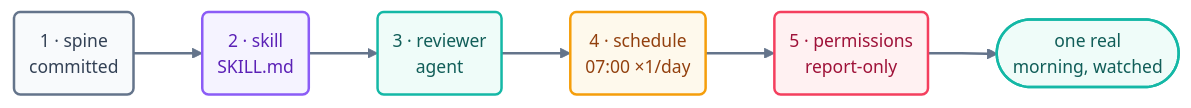
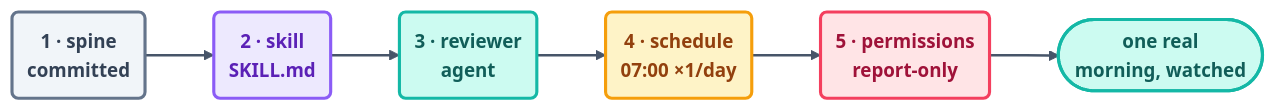
The diagram in docs/07-part-5-complete-loop/13a-claude-code-walkthrough.md (ayeshakhalid192007-dev/LoopEngineering-CrashCourse), drawn with Mermaid before and after one commit. The commit also changed 66 other files, not shown here.

First line of the commit message:
docs(diagrams): visibly bolder pass — deeper fills, heavier strokes, semibold labels

````diff
--- a/docs/07-part-5-complete-loop/13a-claude-code-walkthrough.md
+++ b/docs/07-part-5-complete-loop/13a-claude-code-walkthrough.md
@@ -51,14 +51,14 @@
 ```mermaid
-%%{init: {'theme':'base','themeVariables':{'fontFamily':'ui-sans-serif, system-ui, sans-serif','fontSize':'14px','lineColor':'#64748b','edgeLabelBackground':'#f8fafc'},'flowchart':{'curve':'basis','nodeSpacing':45,'rankSpacing':55,'padding':12}}}%%
+%%{init: {'theme':'base','themeVariables':{'fontFamily':'ui-sans-serif, system-ui, sans-serif','fontSize':'15px','lineColor':'#475569','edgeLabelBackground':'#f8fafc'},'flowchart':{'curve':'basis','nodeSpacing':45,'rankSpacing':55,'padding':12}}}%%
 flowchart LR
     S1("1 · spine<br/>committed"):::file --> S2("2 · skill<br/>SKILL.md"):::cfg
     S2 --> S3("3 · reviewer<br/>agent"):::check --> S4("4 · schedule<br/>07:00 ×1/day"):::time
     S4 --> S5("5 · permissions<br/>report-only"):::limit --> RUN(["one real<br/>morning, watched"]):::win
-    linkStyle default stroke:#64748b,stroke-width:2px;
-    classDef file fill:#f8fafc,stroke:#64748b,stroke-width:2px,color:#334155;
-    classDef cfg fill:#f5f3ff,stroke:#8b5cf6,stroke-width:2px,color:#5b21b6;
-    classDef check fill:#effcf9,stroke:#14b8a6,stroke-width:2px,color:#115e59;
-    classDef time fill:#fef9ec,stroke:#f59e0b,stroke-width:2px,color:#92400e;
-    classDef limit fill:#fff1f2,stroke:#f43f5e,stroke-width:2px,color:#9f1239;
-    classDef win fill:#effcf9,stroke:#14b8a6,stroke-width:2px,color:#115e59;
+    linkStyle default stroke:#475569,stroke-width:2px;
+    classDef file fill:#f1f5f9,stroke:#64748b,stroke-width:2.5px,color:#334155,font-weight:600;
+    classDef cfg fill:#ede9fe,stroke:#8b5cf6,stroke-width:2.5px,color:#5b21b6,font-weight:600;
+    classDef check fill:#ccfbf1,stroke:#14b8a6,stroke-width:2.5px,color:#115e59,font-weight:600;
+    classDef time fill:#fef3c7,stroke:#f59e0b,stroke-width:2.5px,color:#92400e,font-weight:600;
+    classDef limit fill:#ffe4e6,stroke:#f43f5e,stroke-width:2.5px,color:#9f1239,font-weight:600;
+    classDef win fill:#ccfbf1,stroke:#14b8a6,stroke-width:2.5px,color:#115e59,font-weight:600;
 ```
````
